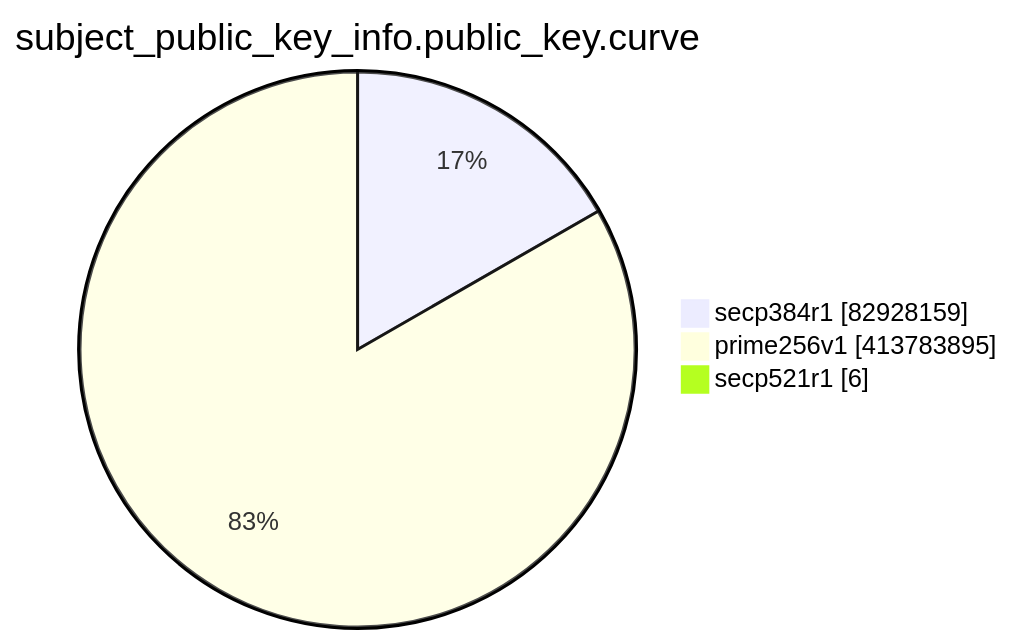
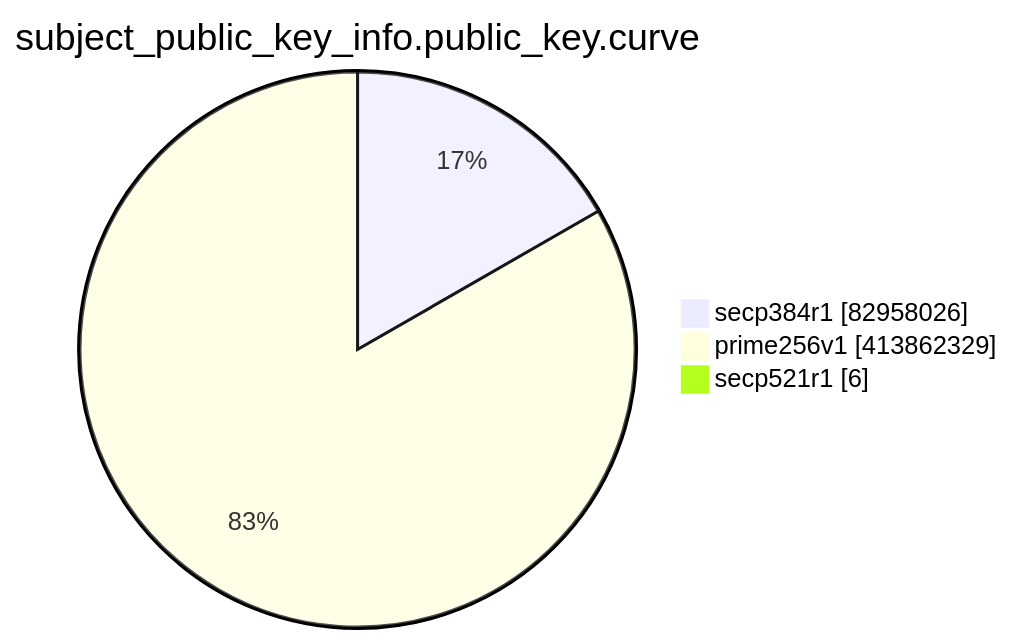
One commit to christiankrug/ctmonitor_visualization changed the eighth of 15 diagrams in TOTAL/README.md. Above: the diagram before and after it, drawn with Mermaid. The commit also changed other lines of this file, not shown here.

````diff
--- a/TOTAL/README.md
+++ b/TOTAL/README.md
@@ -3098,7 +3098,7 @@
 ```mermaid
 pie showData
 title subject_public_key_info.public_key.curve
-"secp384r1" :82928159
-"prime256v1" :413783895
+"secp384r1" :82958026
+"prime256v1" :413862329
 "secp521r1" :6
 ```
````
